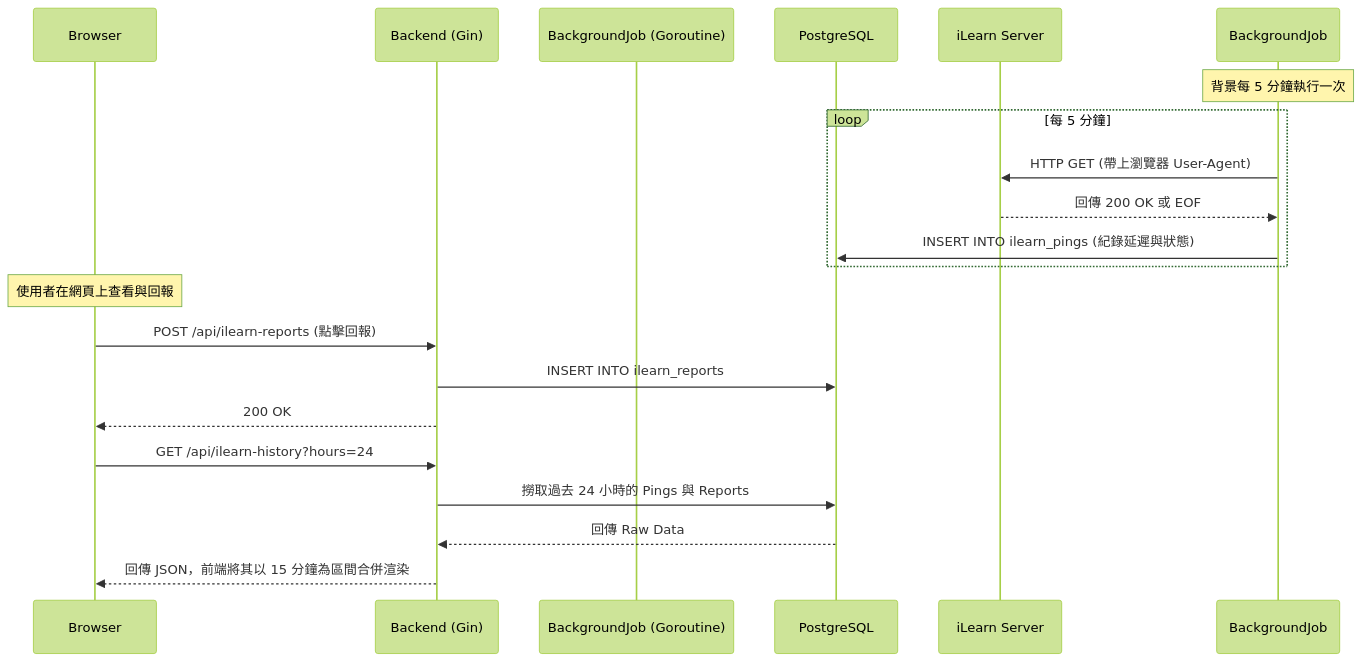
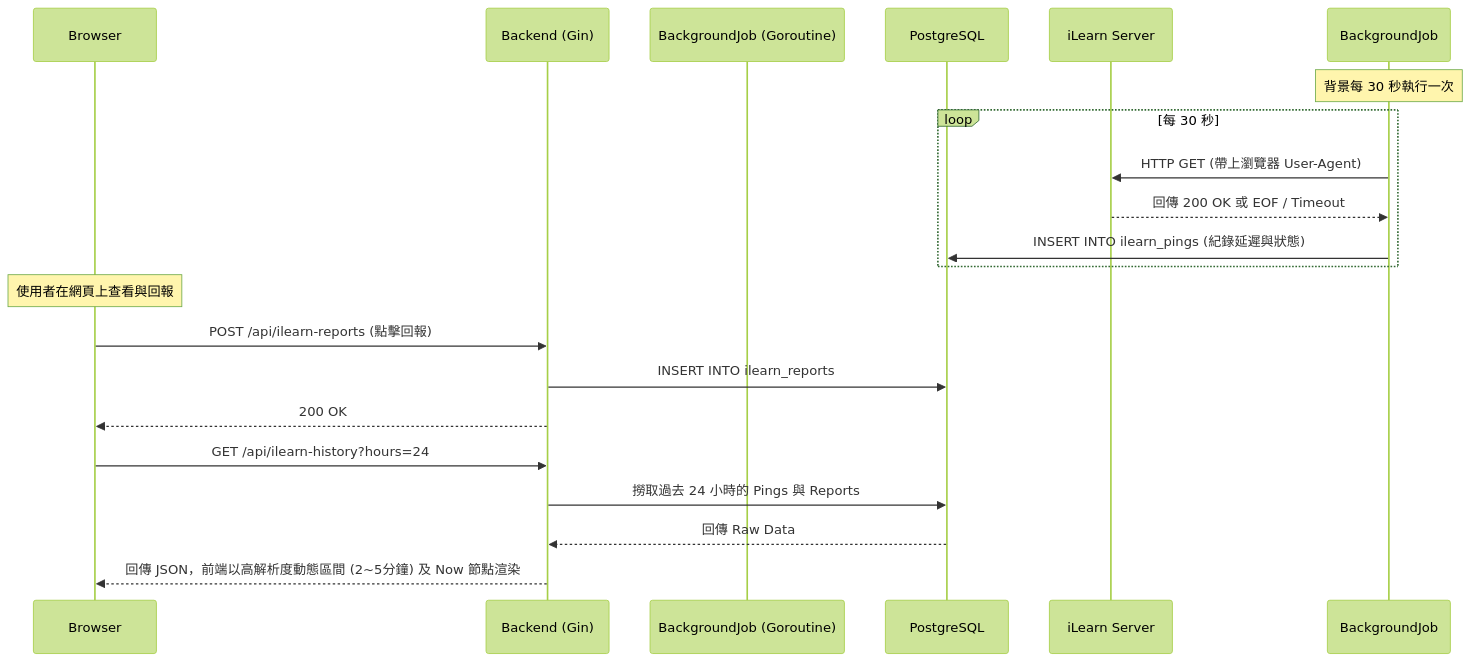
The diagram in architecture/03_backend_architecture.md (CCCClearType/Auror), drawn with Mermaid (forest theme) before and after one commit. The commit also changed 1 other file, not shown here.

Commit message:
feat: 新增 iLearn 系統狀態監測 API，並調整背景任務執行間隔至 30 秒

````diff
--- a/architecture/03_backend_architecture.md
+++ b/architecture/03_backend_architecture.md
@@ -101,25 +101,25 @@
 ```mermaid
 sequenceDiagram
     participant Browser
     participant Backend (Gin)
     participant BackgroundJob (Goroutine)
     participant PostgreSQL
     participant iLearn Server
 
-    Note over BackgroundJob: 背景每 5 分鐘執行一次
-    loop 每 5 分鐘
+    Note over BackgroundJob: 背景每 30 秒執行一次
+    loop 每 30 秒
         BackgroundJob->>iLearn Server: HTTP GET (帶上瀏覽器 User-Agent)
-        iLearn Server-->>BackgroundJob: 回傳 200 OK 或 EOF
+        iLearn Server-->>BackgroundJob: 回傳 200 OK 或 EOF / Timeout
         BackgroundJob->>PostgreSQL: INSERT INTO ilearn_pings (紀錄延遲與狀態)
     end
 
     Note over Browser: 使用者在網頁上查看與回報
     Browser->>Backend (Gin): POST /api/ilearn-reports (點擊回報)
     Backend (Gin)->>PostgreSQL: INSERT INTO ilearn_reports
     Backend (Gin)-->>Browser: 200 OK
     
     Browser->>Backend (Gin): GET /api/ilearn-history?hours=24
     Backend (Gin)->>PostgreSQL: 撈取過去 24 小時的 Pings 與 Reports
     PostgreSQL-->>Backend (Gin): 回傳 Raw Data
-    Backend (Gin)-->>Browser: 回傳 JSON，前端將其以 15 分鐘為區間合併渲染
+    Backend (Gin)-->>Browser: 回傳 JSON，前端以高解析度動態區間 (2~5分鐘) 及 Now 節點渲染
 ```
````
